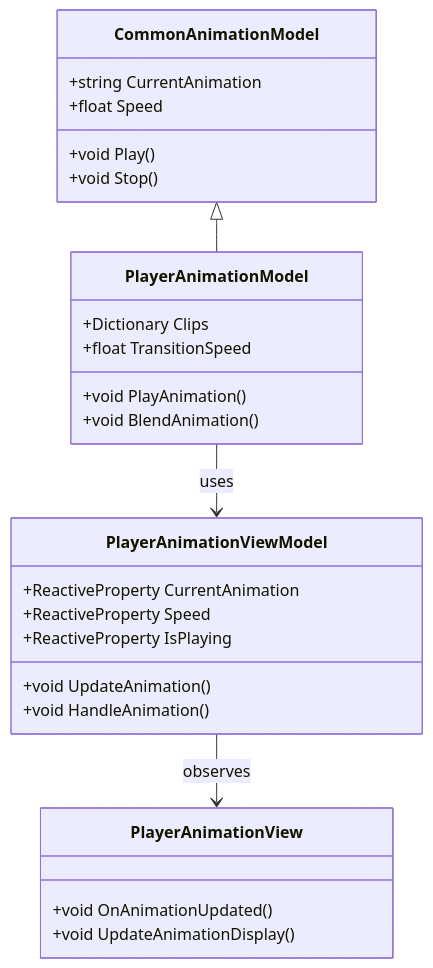
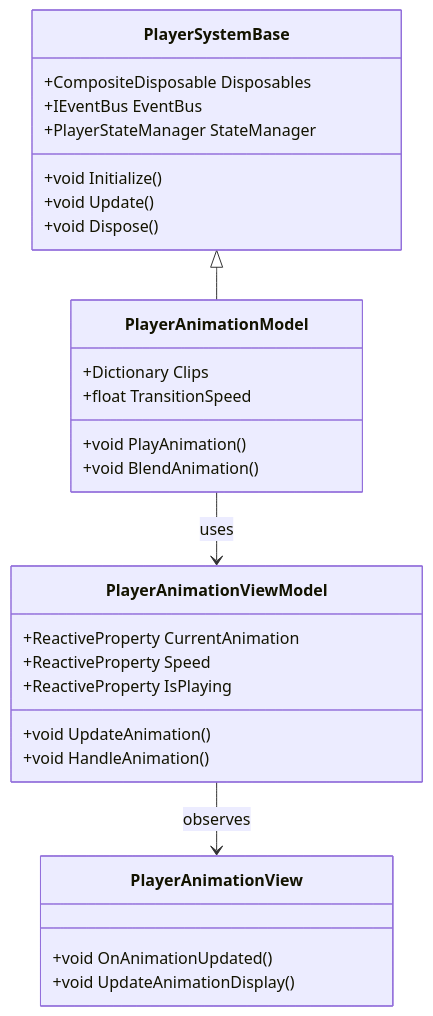
One commit to nel2116/GodotGame changed the first of 2 diagrams in Docs/10_CoreDocs/12_Architecture/12_03_detailed_design/02_systems/01_player_system/04_animation_system.md. Above: the diagram before and after it, drawn with Mermaid. The commit also changed other lines of this file and 5 other files, not shown here.

````diff
--- a/Docs/10_CoreDocs/12_Architecture/12_03_detailed_design/02_systems/01_player_system/04_animation_system.md
+++ b/Docs/10_CoreDocs/12_Architecture/12_03_detailed_design/02_systems/01_player_system/04_animation_system.md
@@ -51,33 +52,35 @@
 ```mermaid
 classDiagram
-    class CommonAnimationModel {
-        +string CurrentAnimation
-        +float Speed
-        +void Play()
-        +void Stop()
+    class PlayerSystemBase {
+        +CompositeDisposable Disposables
+        +IEventBus EventBus
+        +PlayerStateManager StateManager
+        +void Initialize()
+        +void Update()
+        +void Dispose()
     }
 
     class PlayerAnimationModel {
         +Dictionary<string, AnimationClip> Clips
         +float TransitionSpeed
         +void PlayAnimation()
         +void BlendAnimation()
     }
 
     class PlayerAnimationViewModel {
         +ReactiveProperty<string> CurrentAnimation
         +ReactiveProperty<float> Speed
         +ReactiveProperty<bool> IsPlaying
         +void UpdateAnimation()
         +void HandleAnimation()
     }
 
     class PlayerAnimationView {
         +void OnAnimationUpdated()
         +void UpdateAnimationDisplay()
     }
 
-    CommonAnimationModel <|-- PlayerAnimationModel
+    PlayerSystemBase <|-- PlayerAnimationModel
     PlayerAnimationModel --> PlayerAnimationViewModel : uses
     PlayerAnimationViewModel --> PlayerAnimationView : observes
 ```
````
